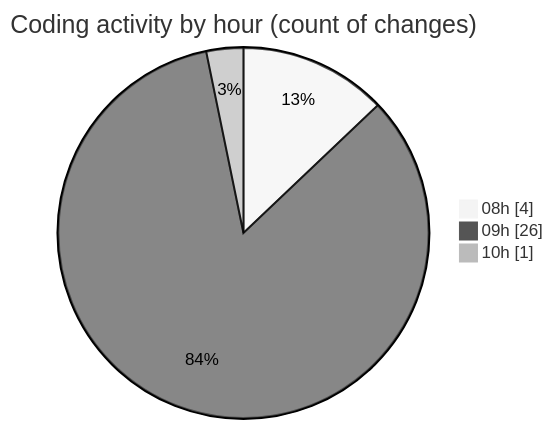
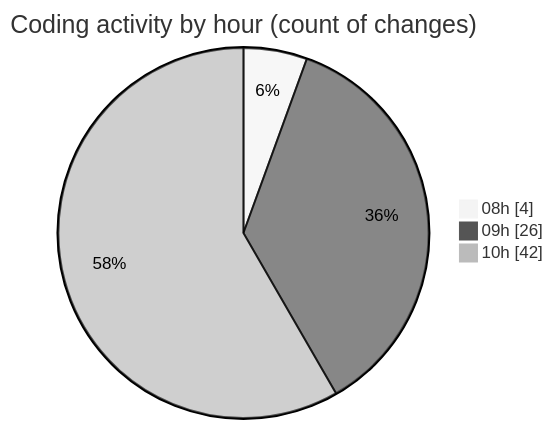
The second of 2 diagrams in 2026-02-19/bot_v1_2/README.md (becaeroporto-bot/code-tracking), drawn with Mermaid (neutral theme) before and after one commit. The commit also changed other lines of this file and 1 other file, not shown here.

````diff
--- a/2026-02-19/bot_v1_2/README.md
+++ b/2026-02-19/bot_v1_2/README.md
@@ -34,7 +35,7 @@
 ```mermaid
 pie showData
 title Coding activity by hour (count of changes)
 "08h" : 4
 "09h" : 26
-"10h" : 1
+"10h" : 42
 ```
````
